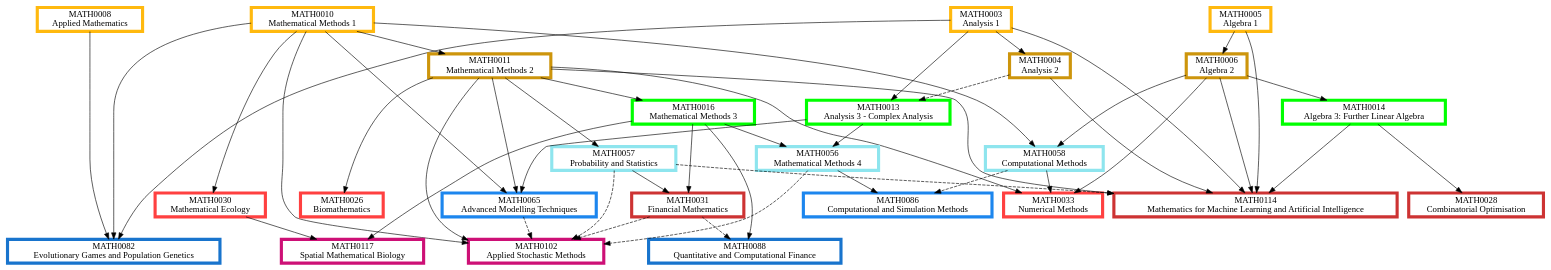
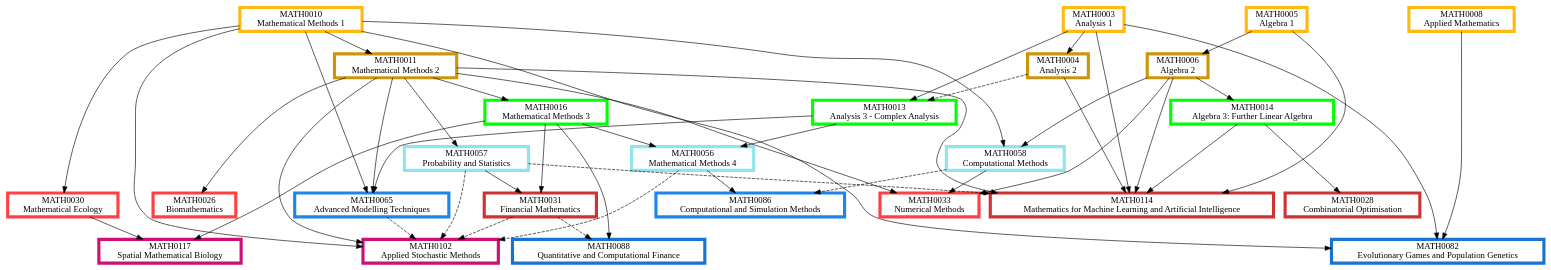
One commit to matthew-towers/pathways changed the diagram in Modelling, Computation and Finance.dot. Above: the diagram before and after it, drawn with Graphviz. The commit also changed 12 other files, not shown here.

```diff
--- a/Modelling, Computation and Finance.dot
+++ b/Modelling, Computation and Finance.dot
@@ -1,125 +1,125 @@
 digraph {
 	node [fillcolor=white penwidth=5 shape=box style="filled,bold"]
 	subgraph "1.0 1" {
 		rank=same
+		MATH0010 [label="MATH0010
+Mathematical Methods 1" color=darkgoldenrod1 href="https://www.ucl.ac.uk/mathematical-physical-sciences/sites/mathematical_physical_sciences/files/math0010.pdf" tooltip="Year 1, term 1"]
 		MATH0008 [label="MATH0008
-Applied Mathematics" color=darkgoldenrod1 href="https://www.ucl.ac.uk/maths/sites/maths/files/math0008.pdf" tooltip="Year 1, term 1"]
+Applied Mathematics" color=darkgoldenrod1 href="https://www.ucl.ac.uk/mathematical-physical-sciences/sites/mathematical_physical_sciences/files/math0008.pdf" tooltip="Year 1, term 1"]
+		MATH0003 [label="MATH0003
+Analysis 1" color=darkgoldenrod1 href="https://www.ucl.ac.uk/mathematical-physical-sciences/sites/mathematical_physical_sciences/files/math0003.pdf" tooltip="Year 1, term 1"]
 		MATH0005 [label="MATH0005
-Algebra 1" color=darkgoldenrod1 href="https://www.ucl.ac.uk/maths/sites/maths/files/math0005.pdf" tooltip="Year 1, term 1"]
-		MATH0003 [label="MATH0003
-Analysis 1" color=darkgoldenrod1 href="https://www.ucl.ac.uk/maths/sites/maths/files/math0003.pdf" tooltip="Year 1, term 1"]
-		MATH0010 [label="MATH0010
-Mathematical Methods 1" color=darkgoldenrod1 href="https://www.ucl.ac.uk/maths/sites/maths/files/math0010.pdf" tooltip="Year 1, term 1"]
+Algebra 1" color=darkgoldenrod1 href="https://www.ucl.ac.uk/mathematical-physical-sciences/sites/mathematical_physical_sciences/files/math0005.pdf" tooltip="Year 1, term 1"]
 	}
 	MATH0010 -> MATH0011 [tooltip="required prerequisite"]
+	MATH0003 -> MATH0004 [tooltip="required prerequisite"]
 	MATH0005 -> MATH0006 [tooltip="required prerequisite"]
-	MATH0003 -> MATH0004 [tooltip="required prerequisite"]
 	subgraph "1.0 2" {
 		rank=same
 		MATH0011 [label="MATH0011
-Mathematical Methods 2" color=darkgoldenrod3 href="https://www.ucl.ac.uk/maths/sites/maths/files/math0011_2.pdf" tooltip="Year 1, term 2"]
+Mathematical Methods 2" color=darkgoldenrod3 href="https://www.ucl.ac.uk/mathematical-physical-sciences/sites/mathematical_physical_sciences/files/math0011_2.pdf" tooltip="Year 1, term 2"]
+		MATH0004 [label="MATH0004
+Analysis 2" color=darkgoldenrod3 href="https://www.ucl.ac.uk/mathematical-physical-sciences/sites/mathematical_physical_sciences/files/math0004.pdf" tooltip="Year 1, term 2"]
 		MATH0006 [label="MATH0006
-Algebra 2" color=darkgoldenrod3 href="https://www.ucl.ac.uk/maths/sites/maths/files/math0006.pdf" tooltip="Year 1, term 2"]
-		MATH0004 [label="MATH0004
-Analysis 2" color=darkgoldenrod3 href="https://www.ucl.ac.uk/maths/sites/maths/files/math0004.pdf" tooltip="Year 1, term 2"]
+Algebra 2" color=darkgoldenrod3 href="https://www.ucl.ac.uk/mathematical-physical-sciences/sites/mathematical_physical_sciences/files/math0006.pdf" tooltip="Year 1, term 2"]
 	}
-	MATH0011 -> MATH0016 [tooltip="required prerequisite"]
 	MATH0003 -> MATH0013 [tooltip="required prerequisite"]
 	MATH0004 -> MATH0013 [style=dashed tooltip="recommended prerequisite"]
+	MATH0011 -> MATH0016 [tooltip="required prerequisite"]
 	MATH0006 -> MATH0014 [tooltip="required prerequisite"]
-	subgraph "2 1" {
+	subgraph "2.0 1" {
 		rank=same
+		MATH0013 [label="MATH0013
+Analysis 3 - Complex Analysis" color=green1 href="https://www.ucl.ac.uk/mathematical-physical-sciences/sites/mathematical_physical_sciences/files/math0013.pdf" tooltip="Year 2, term 1"]
 		MATH0016 [label="MATH0016
-Mathematical Methods 3" color=green1 href="https://www.ucl.ac.uk/maths/sites/maths/files/math0016.pdf" tooltip="Year 2, term 1"]
-		MATH0013 [label="MATH0013
-Analysis 3 - Complex Analysis" color=green1 href="https://www.ucl.ac.uk/maths/sites/maths/files/math0013.pdf" tooltip="Year 2, term 1"]
+Mathematical Methods 3" color=green1 href="https://www.ucl.ac.uk/mathematical-physical-sciences/sites/mathematical_physical_sciences/files/math0016.pdf" tooltip="Year 2, term 1"]
 		MATH0014 [label="MATH0014
-Algebra 3: Further Linear Algebra" color=green1 href="https://www.ucl.ac.uk/maths/sites/maths/files/math0014.pdf" tooltip="Year 2, term 1"]
+Algebra 3: Further Linear Algebra" color=green1 href="https://www.ucl.ac.uk/mathematical-physical-sciences/sites/mathematical_physical_sciences/files/math0014.pdf" tooltip="Year 2, term 1"]
 	}
 	MATH0013 -> MATH0056 [tooltip="required prerequisite"]
 	MATH0016 -> MATH0056 [tooltip="required prerequisite"]
 	MATH0011 -> MATH0057 [tooltip="required prerequisite"]
 	MATH0010 -> MATH0058 [tooltip="required prerequisite"]
 	MATH0006 -> MATH0058 [tooltip="required prerequisite"]
 	subgraph "2.5 2" {
 		rank=same
 		MATH0056 [label="MATH0056
-Mathematical Methods 4" color=cadetblue2 href="https://www.ucl.ac.uk/maths/sites/maths/files/math0056.pdf" tooltip="Year 2 or 3, term 2"]
+Mathematical Methods 4" color=cadetblue2 href="https://www.ucl.ac.uk/mathematical-physical-sciences/sites/mathematical_physical_sciences/files/math0056.pdf" tooltip="Year 2 or 3, term 2"]
 		MATH0057 [label="MATH0057
-Probability and Statistics" color=cadetblue2 href="https://www.ucl.ac.uk/maths/sites/maths/files/math0057.pdf" tooltip="Year 2 or 3, term 2"]
+Probability and Statistics" color=cadetblue2 href="https://www.ucl.ac.uk/mathematical-physical-sciences/sites/mathematical_physical_sciences/files/math0057.pdf" tooltip="Year 2 or 3, term 2"]
 		MATH0058 [label="MATH0058
-Computational Methods" color=cadetblue2 href="https://www.ucl.ac.uk/maths/sites/maths/files/math0058.pdf" tooltip="Year 2 or 3, term 2"]
+Computational Methods" color=cadetblue2 href="https://www.ucl.ac.uk/mathematical-physical-sciences/sites/mathematical_physical_sciences/files/math0058.pdf" tooltip="Year 2 or 3, term 2"]
 	}
-	MATH0010 -> MATH0030 [tooltip="required prerequisite"]
 	MATH0006 -> MATH0033 [tooltip="required prerequisite"]
 	MATH0011 -> MATH0033 [tooltip="required prerequisite"]
 	MATH0058 -> MATH0033 [tooltip="required prerequisite"]
+	MATH0010 -> MATH0030 [tooltip="required prerequisite"]
 	MATH0011 -> MATH0026 [tooltip="required prerequisite"]
 	subgraph "3.0 1" {
 		rank=same
+		MATH0033 [label="MATH0033
+Numerical Methods" color=brown1 href="https://www.ucl.ac.uk/mathematical-physical-sciences/sites/mathematical_physical_sciences/files/math0033.pdf" tooltip="Year 3, term 1"]
 		MATH0030 [label="MATH0030
-Mathematical Ecology" color=brown1 href="https://www.ucl.ac.uk/maths/sites/maths/files/math0030.pdf" tooltip="Year 3, term 1"]
-		MATH0033 [label="MATH0033
-Numerical Methods" color=brown1 href="https://www.ucl.ac.uk/maths/sites/maths/files/math0033.pdf" tooltip="Year 3, term 1"]
+Mathematical Ecology" color=brown1 href="https://www.ucl.ac.uk/mathematical-physical-sciences/sites/mathematical_physical_sciences/files/math0030.pdf" tooltip="Year 3, term 1"]
 		MATH0026 [label="MATH0026
-Biomathematics" color=brown1 href="https://www.ucl.ac.uk/maths/sites/maths/files/math0026.pdf" tooltip="Year 3, term 1"]
+Biomathematics" color=brown1 href="https://www.ucl.ac.uk/mathematical-physical-sciences/sites/mathematical_physical_sciences/files/math0026.pdf" tooltip="Year 3, term 1"]
 	}
-	MATH0016 -> MATH0031 [tooltip="required prerequisite"]
-	MATH0057 -> MATH0031 [tooltip="required prerequisite"]
 	MATH0003 -> MATH0114 [tooltip="required prerequisite"]
 	MATH0004 -> MATH0114 [tooltip="required prerequisite"]
 	MATH0005 -> MATH0114 [tooltip="required prerequisite"]
 	MATH0006 -> MATH0114 [tooltip="required prerequisite"]
 	MATH0011 -> MATH0114 [tooltip="required prerequisite"]
 	MATH0014 -> MATH0114 [tooltip="required prerequisite"]
 	MATH0057 -> MATH0114 [style=dashed tooltip="recommended prerequisite"]
 	MATH0014 -> MATH0028 [tooltip="required prerequisite"]
-	subgraph "3.0 2" {
+	MATH0016 -> MATH0031 [tooltip="required prerequisite"]
+	MATH0057 -> MATH0031 [tooltip="required prerequisite"]
+	subgraph "3 2" {
 		rank=same
+		MATH0114 [label="MATH0114
+Mathematics for Machine Learning and Artificial Intelligence" color=brown3 href="https://www.ucl.ac.uk/mathematical-physical-sciences/sites/mathematical_physical_sciences/files/math0114_0.pdf" tooltip="Year 3, term 2"]
+		MATH0028 [label="MATH0028
+Combinatorial Optimisation" color=brown3 href="https://www.ucl.ac.uk/mathematical-physical-sciences/sites/mathematical_physical_sciences/files/math0028.pdf" tooltip="Year 3, term 2"]
 		MATH0031 [label="MATH0031
-Financial Mathematics" color=brown3 href="https://www.ucl.ac.uk/maths/sites/maths/files/math0031.pdf" tooltip="Year 3, term 2"]
-		MATH0114 [label="MATH0114
-Mathematics for Machine Learning and Artificial Intelligence" color=brown3 href="https://www.ucl.ac.uk/maths/sites/maths/files/math0114_0.pdf" tooltip="Year 3, term 2"]
-		MATH0028 [label="MATH0028
-Combinatorial Optimisation" color=brown3 href="https://www.ucl.ac.uk/maths/sites/maths/files/math0028.pdf" tooltip="Year 3, term 2"]
+Financial Mathematics" color=brown3 href="https://www.ucl.ac.uk/mathematical-physical-sciences/sites/mathematical_physical_sciences/files/math0031.pdf" tooltip="Year 3, term 2"]
 	}
 	MATH0030 -> MATH0117 [tooltip="required prerequisite"]
 	MATH0016 -> MATH0117 [tooltip="required prerequisite"]
 	MATH0010 -> MATH0102 [tooltip="required prerequisite"]
 	MATH0011 -> MATH0102 [tooltip="required prerequisite"]
 	MATH0056 -> MATH0102 [style=dashed tooltip="recommended prerequisite"]
 	MATH0031 -> MATH0102 [style=dashed tooltip="recommended prerequisite"]
 	MATH0065 -> MATH0102 [style=dashed tooltip="recommended prerequisite"]
 	MATH0057 -> MATH0102 [style=dashed tooltip="recommended prerequisite"]
 	subgraph "3.5 2" {
 		rank=same
 		MATH0117 [label="MATH0117
-Spatial Mathematical Biology" color=deeppink3 href="https://www.ucl.ac.uk/maths/sites/maths/files/math0117.pdf" tooltip="Year 3 or 4, term 2"]
+Spatial Mathematical Biology" color=deeppink3 href="https://www.ucl.ac.uk/mathematical-physical-sciences/sites/mathematical_physical_sciences/files/math0117.pdf" tooltip="Year 3 or 4, term 2"]
 		MATH0102 [label="MATH0102
-Applied Stochastic Methods" color=deeppink3 href="https://www.ucl.ac.uk/maths/sites/maths/files/math0102.pdf" tooltip="Year 3 or 4, term 2"]
+Applied Stochastic Methods" color=deeppink3 href="https://www.ucl.ac.uk/mathematical-physical-sciences/sites/mathematical_physical_sciences/files/math0102.pdf" tooltip="Year 3 or 4, term 2"]
 	}
+	MATH0056 -> MATH0086 [tooltip="required prerequisite"]
+	MATH0058 -> MATH0086 [style=dashed tooltip="recommended prerequisite"]
 	MATH0010 -> MATH0065 [tooltip="required prerequisite"]
 	MATH0011 -> MATH0065 [tooltip="required prerequisite"]
 	MATH0013 -> MATH0065 [tooltip="required prerequisite"]
-	MATH0056 -> MATH0086 [tooltip="required prerequisite"]
-	MATH0058 -> MATH0086 [style=dashed tooltip="recommended prerequisite"]
 	subgraph "4.0 1" {
 		rank=same
+		MATH0086 [label="MATH0086
+Computational and Simulation Methods" color=dodgerblue2 href="https://www.ucl.ac.uk/mathematical-physical-sciences/sites/mathematical_physical_sciences/files/math0086.pdf" tooltip="Year 4, term 1"]
 		MATH0065 [label="MATH0065
-Advanced Modelling Techniques" color=dodgerblue2 href="https://www.ucl.ac.uk/maths/sites/maths/files/math0065.pdf" tooltip="Year 4, term 1"]
-		MATH0086 [label="MATH0086
-Computational and Simulation Methods" color=dodgerblue2 href="https://www.ucl.ac.uk/maths/sites/maths/files/math0086.pdf" tooltip="Year 4, term 1"]
+Advanced Modelling Techniques" color=dodgerblue2 href="https://www.ucl.ac.uk/mathematical-physical-sciences/sites/mathematical_physical_sciences/files/math0065.pdf" tooltip="Year 4, term 1"]
 	}
 	MATH0016 -> MATH0088 [tooltip="required prerequisite"]
 	MATH0031 -> MATH0088 [style=dashed tooltip="recommended prerequisite"]
 	MATH0008 -> MATH0082 [tooltip="required prerequisite"]
 	MATH0010 -> MATH0082 [tooltip="required prerequisite"]
 	MATH0003 -> MATH0082 [tooltip="required prerequisite"]
 	subgraph "4.0 2" {
 		rank=same
 		MATH0088 [label="MATH0088
-Quantitative and Computational Finance" color=dodgerblue3 href="https://www.ucl.ac.uk/maths/sites/maths/files/math0088.pdf" tooltip="Year 4, term 2"]
+Quantitative and Computational Finance" color=dodgerblue3 href="https://www.ucl.ac.uk/mathematical-physical-sciences/sites/mathematical_physical_sciences/files/math0088.pdf" tooltip="Year 4, term 2"]
 		MATH0082 [label="MATH0082
-Evolutionary Games and Population Genetics" color=dodgerblue3 href="https://www.ucl.ac.uk/maths/sites/maths/files/math0082.pdf" tooltip="Year 4, term 2"]
+Evolutionary Games and Population Genetics" color=dodgerblue3 href="https://www.ucl.ac.uk/mathematical-physical-sciences/sites/mathematical_physical_sciences/files/math0082.pdf" tooltip="Year 4, term 2"]
 	}
 }
```
